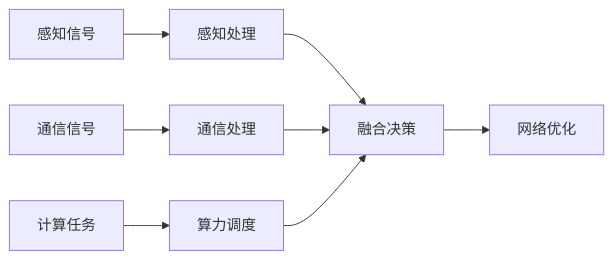
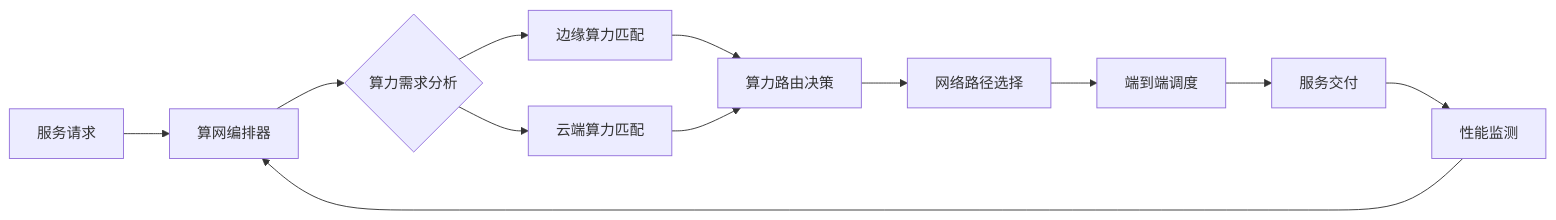
One commit to kudig-io/kudig-database changed the third of 3 diagrams in topic-application-architecture/69-6g-core-network.md. Above: the diagram before and after it, drawn with Mermaid. The commit also changed other lines of this file and 8633 other files, not shown here.

````diff
--- a/topic-application-architecture/69-6g-core-network.md
+++ b/topic-application-architecture/69-6g-core-network.md
@@ -124,8 +218,14 @@
 ```mermaid
 flowchart LR
-    A[感知信号] --> B[感知处理]
-    C[通信信号] --> D[通信处理]
-    E[计算任务] --> F[算力调度]
-    B & D & F --> G[融合决策]
-    G --> H[网络优化]
+    A[服务请求] --> B[算网编排器]
+    B --> C{算力需求分析}
+    C --> D[边缘算力匹配]
+    C --> E[云端算力匹配]
+    D --> F[算力路由决策]
+    E --> F
+    F --> G[网络路径选择]
+    G --> H[端到端调度]
+    H --> I[服务交付]
+    I --> J[性能监测]
+    J --> B
 ```
````
